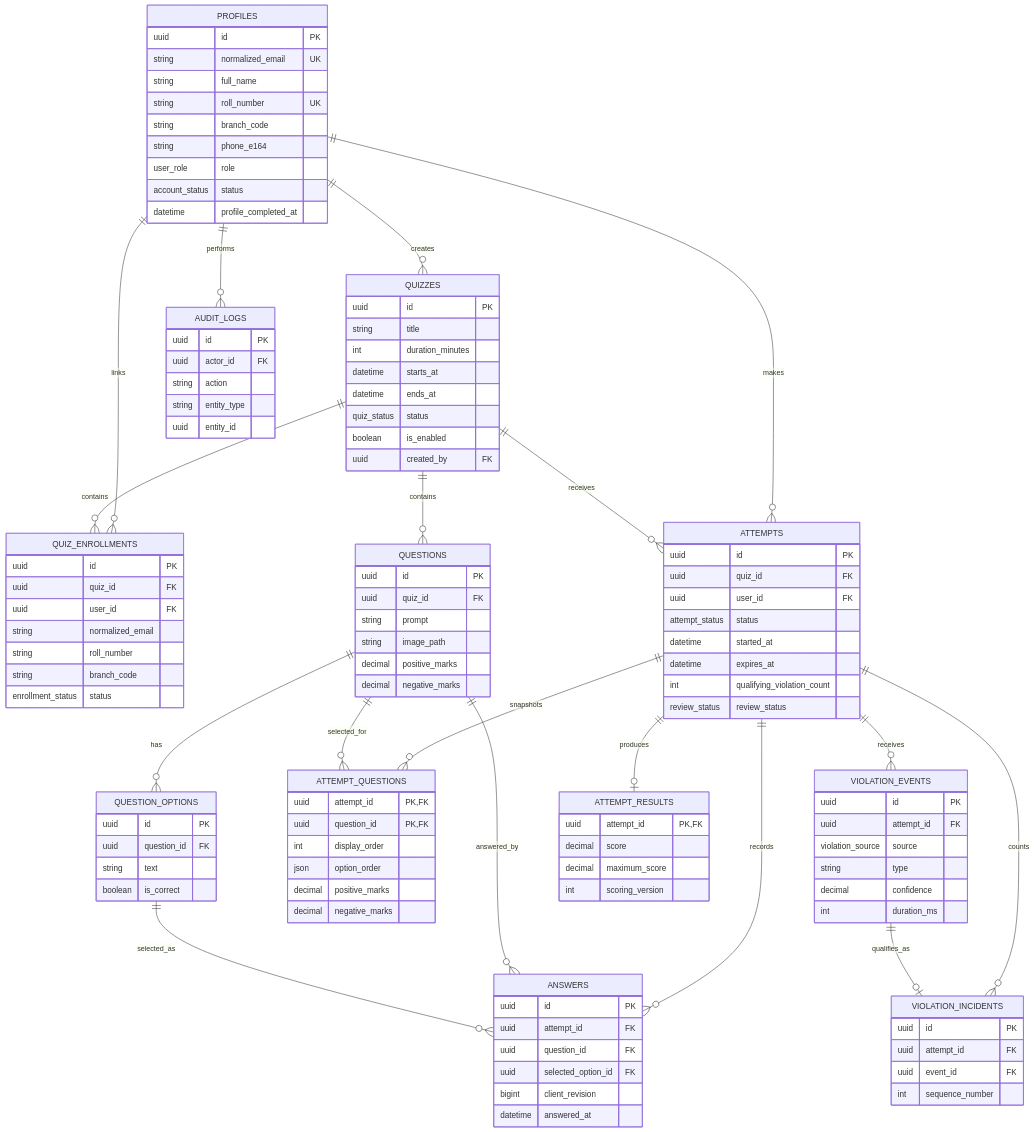
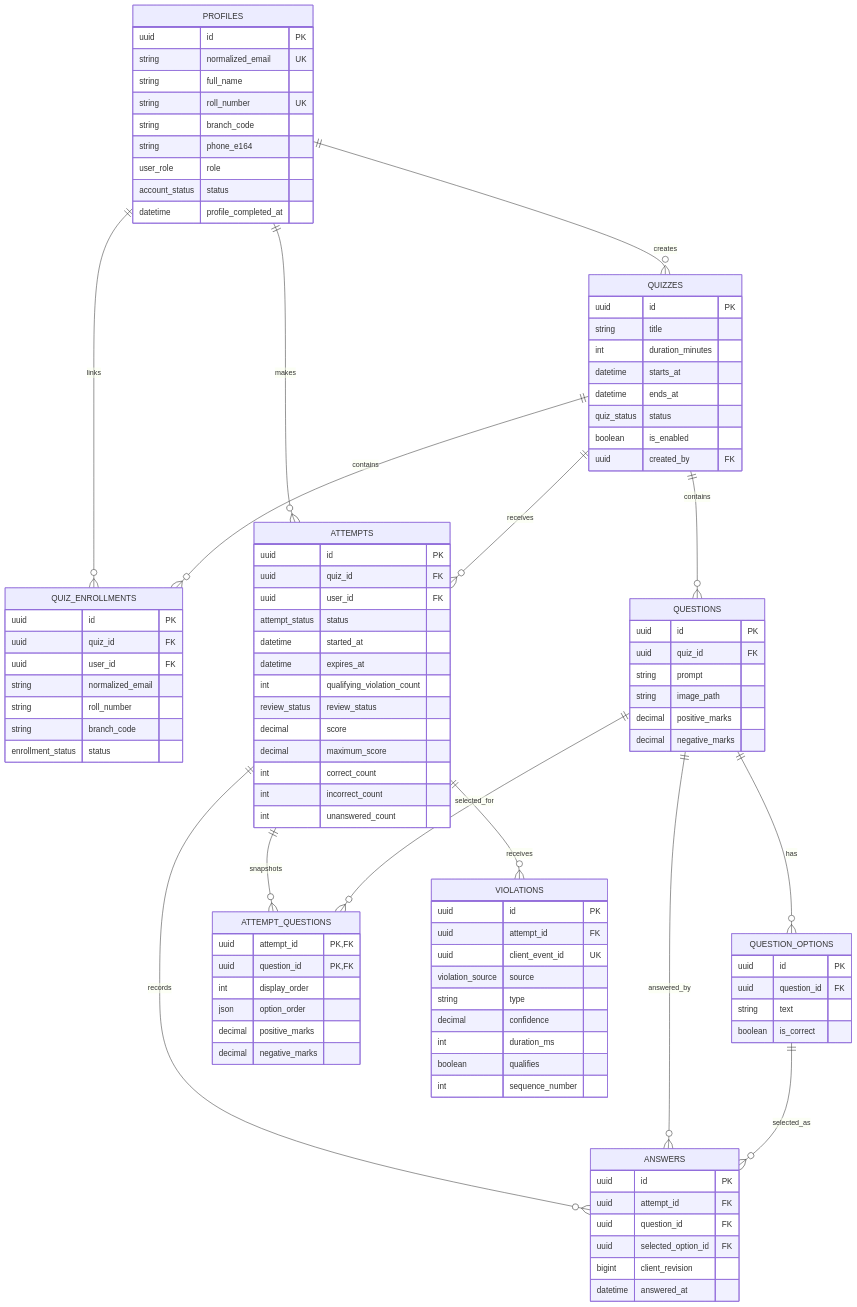
One commit to ayushs206/owasp-quiz-be changed the diagram in docs/database-design.md. Above: the diagram before and after it, drawn with Mermaid. The commit also changed other lines of this file and 4 other files, not shown here.

Commit message:
docs: simplify v1 architecture

````diff
--- a/docs/database-design.md
+++ b/docs/database-design.md
@@ -25,11 +25,7 @@
     ATTEMPTS ||--o{ ANSWERS : records
     QUESTIONS ||--o{ ANSWERS : answered_by
     QUESTION_OPTIONS ||--o{ ANSWERS : selected_as
-    ATTEMPTS ||--o{ VIOLATION_EVENTS : receives
-    ATTEMPTS ||--o{ VIOLATION_INCIDENTS : counts
-    VIOLATION_EVENTS ||--o| VIOLATION_INCIDENTS : qualifies_as
-    ATTEMPTS ||--o| ATTEMPT_RESULTS : produces
-    PROFILES ||--o{ AUDIT_LOGS : performs
+    ATTEMPTS ||--o{ VIOLATIONS : receives
 
     PROFILES {
         uuid id PK
@@ -89,6 +85,11 @@
         datetime expires_at
         int qualifying_violation_count
         review_status review_status
+        decimal score
+        decimal maximum_score
+        int correct_count
+        int incorrect_count
+        int unanswered_count
     }
 
     ATTEMPT_QUESTIONS {
@@ -109,34 +110,15 @@
         datetime answered_at
     }
 
-    VIOLATION_EVENTS {
+    VIOLATIONS {
         uuid id PK
         uuid attempt_id FK
+        uuid client_event_id UK
         violation_source source
         string type
         decimal confidence
         int duration_ms
-    }
-
-    VIOLATION_INCIDENTS {
-        uuid id PK
-        uuid attempt_id FK
-        uuid event_id FK
+        boolean qualifies
         int sequence_number
     }
-
-    ATTEMPT_RESULTS {
-        uuid attempt_id PK, FK
-        decimal score
-        decimal maximum_score
-        int scoring_version
-    }
-
-    AUDIT_LOGS {
-        uuid id PK
-        uuid actor_id FK
-        string action
-        string entity_type
-        uuid entity_id
-    }
 ```
````
